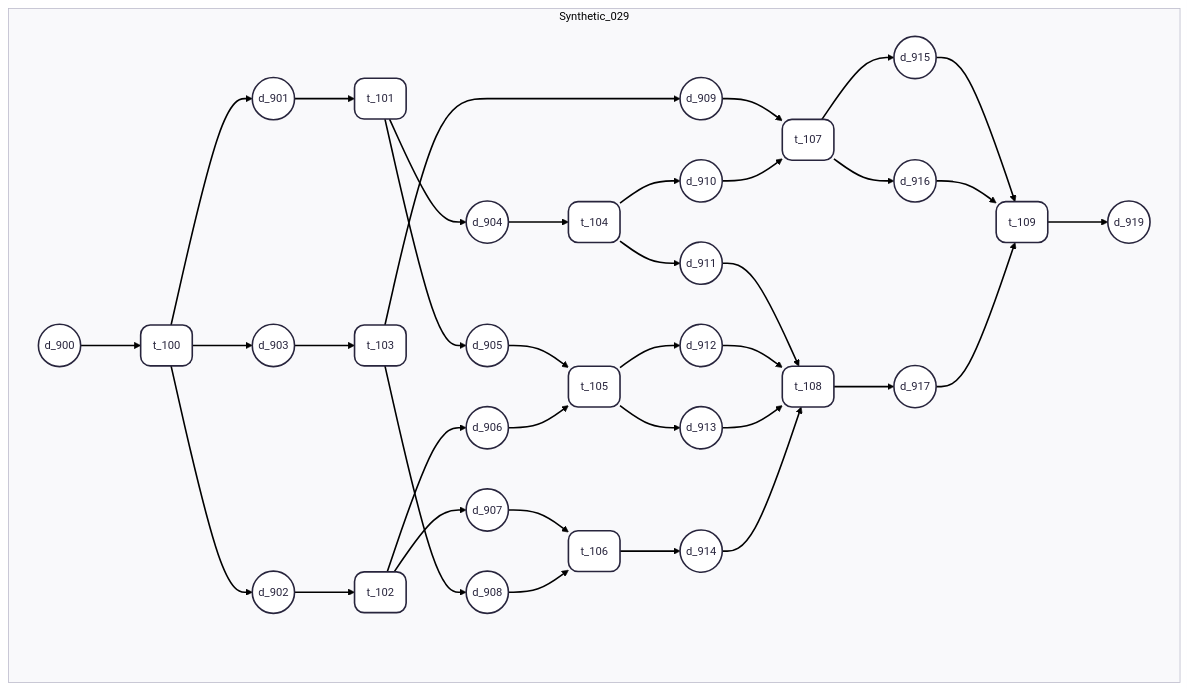
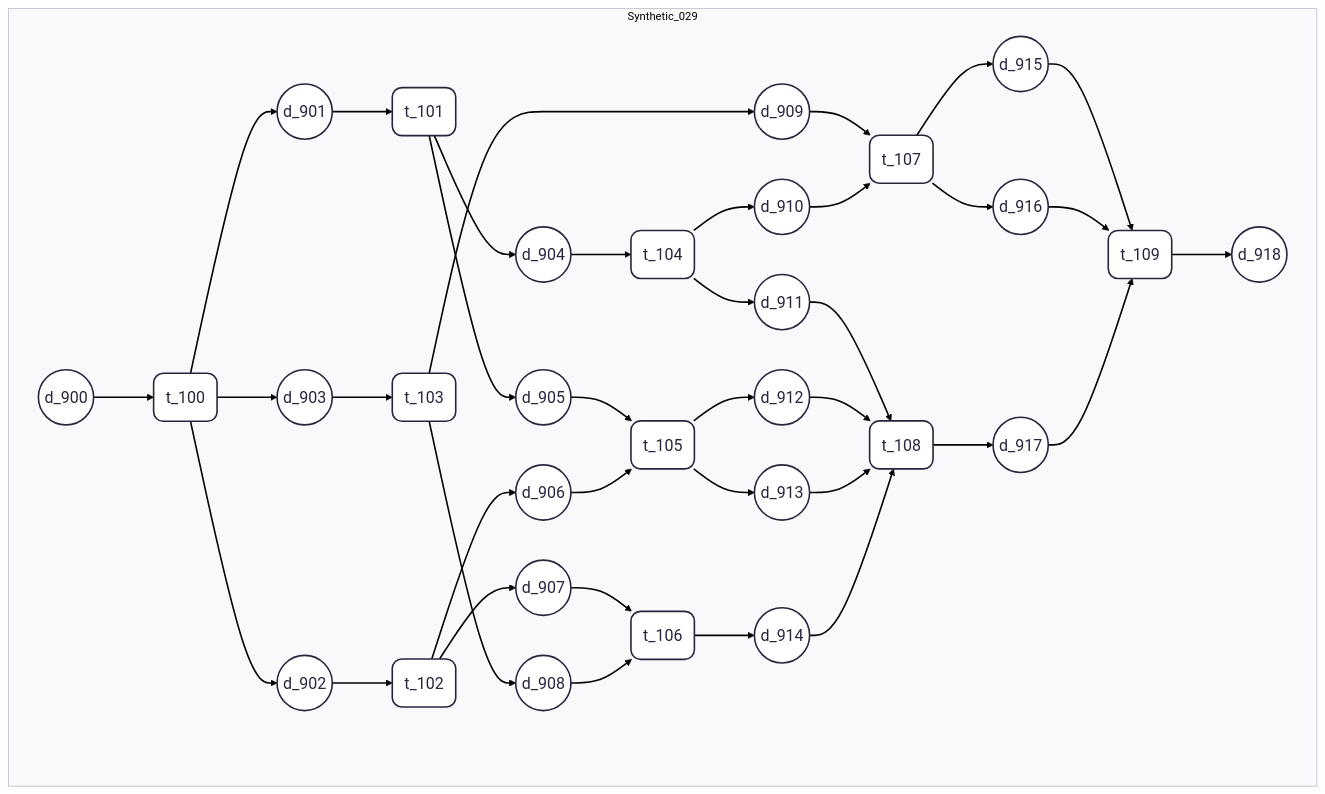
Before and after one commit to marcellowmr/instance-gen: the diagram in data/mermaid/Synthetic_029.mermaid, drawn with Mermaid. The commit also changed 18 other files, not shown here.

Commit message:
Arquivos mermaid

```diff
--- a/data/mermaid/Synthetic_029.mermaid
+++ b/data/mermaid/Synthetic_029.mermaid
@@ -1,68 +1,69 @@
 ---
 config:
   layout: dagre
   theme: redux
   look: classic
 ---
 %% PATTERN: Dense Pipeline with Cross-Talk
 flowchart LR
- subgraph Synthetic_29["Synthetic_029"]
-    direction LR
-        S29_d0(("d_900"))
-        S29_d1(("d_901"))
-        S29_d2(("d_902"))
-        S29_d3(("d_903"))
-        S29_d4(("d_904"))
-        S29_d5(("d_905"))
-        S29_d6(("d_906"))
-        S29_d7(("d_907"))
-        S29_d8(("d_908"))
-        S29_d9(("d_909"))
-        S29_d10(("d_910"))
-        S29_d11(("d_911"))
-        S29_d12(("d_912"))
-        S29_d13(("d_913"))
-        S29_d14(("d_914"))
-        S29_d15(("d_915"))
-        S29_d16(("d_916"))
-        S29_d17(("d_917"))
-        S29_d19(("d_919"))
-        S29_t0("t_100")
-        S29_t1("t_101")
-        S29_t2("t_102")
-        S29_t3("t_103")
-        S29_t4("t_104")
-        S29_t5("t_105")
-        S29_t6("t_106")
-        S29_t7("t_107")
-        S29_t8("t_108")
-        S29_t9("t_109")
-  end
+    classDef default font-size:20px;
+    subgraph Synthetic_29["Synthetic_029"]
+        direction LR
+            S29_d0(("d_900"))
+            S29_d1(("d_901"))
+            S29_d2(("d_902"))
+            S29_d3(("d_903"))
+            S29_d4(("d_904"))
+            S29_d5(("d_905"))
+            S29_d6(("d_906"))
+            S29_d7(("d_907"))
+            S29_d8(("d_908"))
+            S29_d9(("d_909"))
+            S29_d10(("d_910"))
+            S29_d11(("d_911"))
+            S29_d12(("d_912"))
+            S29_d13(("d_913"))
+            S29_d14(("d_914"))
+            S29_d15(("d_915"))
+            S29_d16(("d_916"))
+            S29_d17(("d_917"))
+            S29_d18(("d_918"))
+            S29_t0("t_100")
+            S29_t1("t_101")
+            S29_t2("t_102")
+            S29_t3("t_103")
+            S29_t4("t_104")
+            S29_t5("t_105")
+            S29_t6("t_106")
+            S29_t7("t_107")
+            S29_t8("t_108")
+            S29_t9("t_109")
+    end
     S29_d0 --> S29_t0
     S29_d1 --> S29_t1
     S29_d2 --> S29_t2
     S29_d3 --> S29_t3
     S29_d4 --> S29_t4
     S29_d5 --> S29_t5
     S29_d6 --> S29_t5
     S29_d7 --> S29_t6
     S29_d8 --> S29_t6
     S29_d9 --> S29_t7
     S29_d10 --> S29_t7
     S29_d11 --> S29_t8
     S29_d12 --> S29_t8
     S29_d13 --> S29_t8
     S29_d14 --> S29_t8
     S29_d15 --> S29_t9
     S29_d16 --> S29_t9
     S29_d17 --> S29_t9
     S29_t0 --> S29_d1 & S29_d2 & S29_d3
     S29_t1 --> S29_d4 & S29_d5
     S29_t2 --> S29_d6 & S29_d7
     S29_t3 --> S29_d8 & S29_d9
     S29_t4 --> S29_d10 & S29_d11
     S29_t5 --> S29_d12 & S29_d13
     S29_t6 --> S29_d14
     S29_t7 --> S29_d15 & S29_d16
     S29_t8 --> S29_d17
-    S29_t9 --> S29_d19
+    S29_t9 --> S29_d18
```
